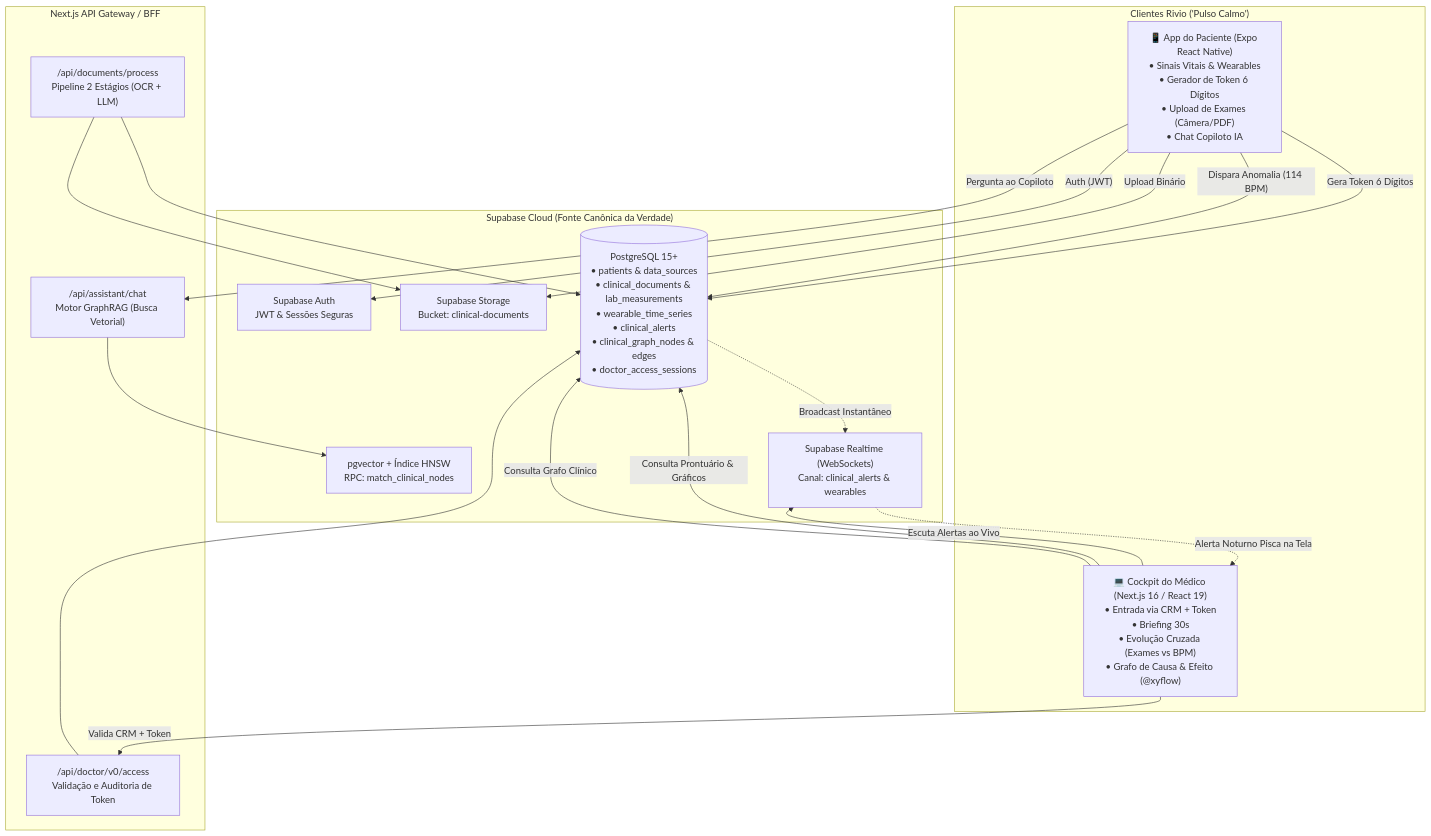
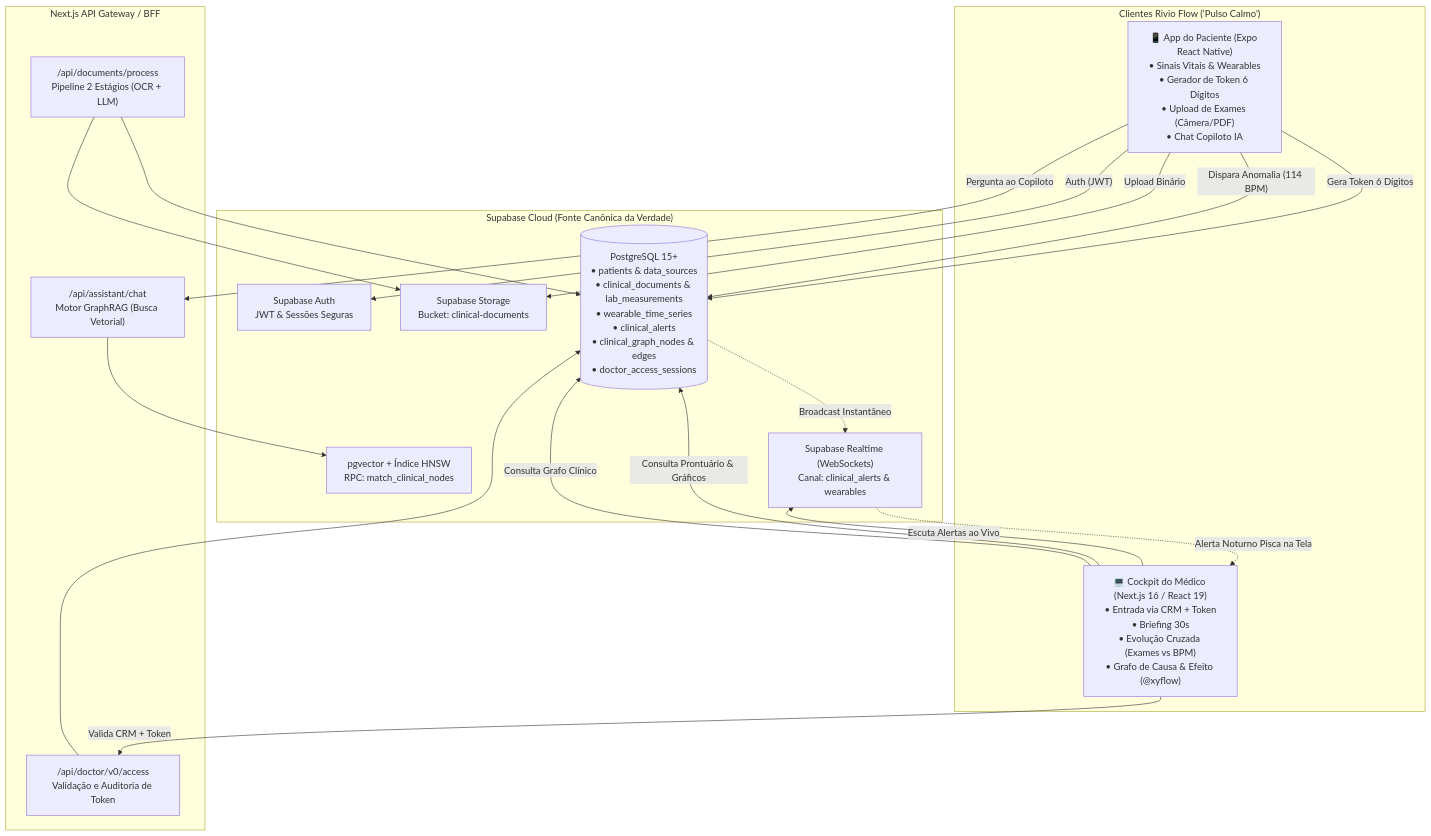
One commit to cdovaz/hackathon-lepoli-monashees changed the first of 3 diagrams in docs/arquitetura-do-sistema.md. Above: the diagram before and after it, drawn with Mermaid. The commit also changed other lines of this file and 12 other files, not shown here.

Commit message:
chore(branding): atualizar todas as mencoes do nome do aplicativo para Rivio Flow

````diff
--- a/docs/arquitetura-do-sistema.md
+++ b/docs/arquitetura-do-sistema.md
@@ -12,42 +12,42 @@
 ```mermaid
 flowchart TD
-    subgraph Clientes["Clientes Rivio ('Pulso Calmo')"]
+    subgraph Clientes["Clientes Rivio Flow ('Pulso Calmo')"]
         Mobile["📱 App do Paciente (Expo React Native)<br/>• Sinais Vitais & Wearables<br/>• Gerador de Token 6 Dígitos<br/>• Upload de Exames (Câmera/PDF)<br/>• Chat Copiloto IA"]
         Web["💻 Cockpit do Médico (Next.js 16 / React 19)<br/>• Entrada via CRM + Token<br/>• Briefing 30s<br/>• Evolução Cruzada (Exames vs BPM)<br/>• Grafo de Causa & Efeito (@xyflow)"]
     end
 
     subgraph API_Gateway["Next.js API Gateway / BFF"]
         APIToken["/api/doctor/v0/access<br/>Validação e Auditoria de Token"]
         APIOcr["/api/documents/process<br/>Pipeline 2 Estágios (OCR + LLM)"]
         APIGraphRAG["/api/assistant/chat<br/>Motor GraphRAG (Busca Vetorial)"]
     end
 
     subgraph Supabase["Supabase Cloud (Fonte Canônica da Verdade)"]
         Auth["Supabase Auth<br/>JWT & Sessões Seguras"]
         Storage["Supabase Storage<br/>Bucket: clinical-documents"]
         Postgres[("PostgreSQL 15+<br/>• patients & data_sources<br/>• clinical_documents & lab_measurements<br/>• wearable_time_series<br/>• clinical_alerts<br/>• clinical_graph_nodes & edges<br/>• doctor_access_sessions")]
         HNSW["pgvector + Índice HNSW<br/>RPC: match_clinical_nodes"]
         Realtime["Supabase Realtime (WebSockets)<br/>Canal: clinical_alerts & wearables"]
     end
 
     %% Relações do Mobile
     Mobile -- "Auth (JWT)" --> Auth
     Mobile -- "Upload Binário" --> Storage
     Mobile -- "Gera Token 6 Dígitos" --> Postgres
     Mobile -- "Dispara Anomalia (114 BPM)" --> Postgres
     Postgres -. "Broadcast Instantâneo" .-> Realtime
     Mobile -- "Pergunta ao Copiloto" --> APIGraphRAG
 
     %% Relações do Web
     Web -- "Valida CRM + Token" --> APIToken
     Web -- "Escuta Alertas ao Vivo" --> Realtime
     Realtime -. "Alerta Noturno Pisca na Tela" .-> Web
     Web -- "Consulta Prontuário & Gráficos" --> Postgres
     Web -- "Consulta Grafo Clínico" --> Postgres
 
     %% Relações do Gateway
     APIToken --> Postgres
     APIOcr --> Storage
     APIOcr --> Postgres
     APIGraphRAG --> HNSW
 ```
````
